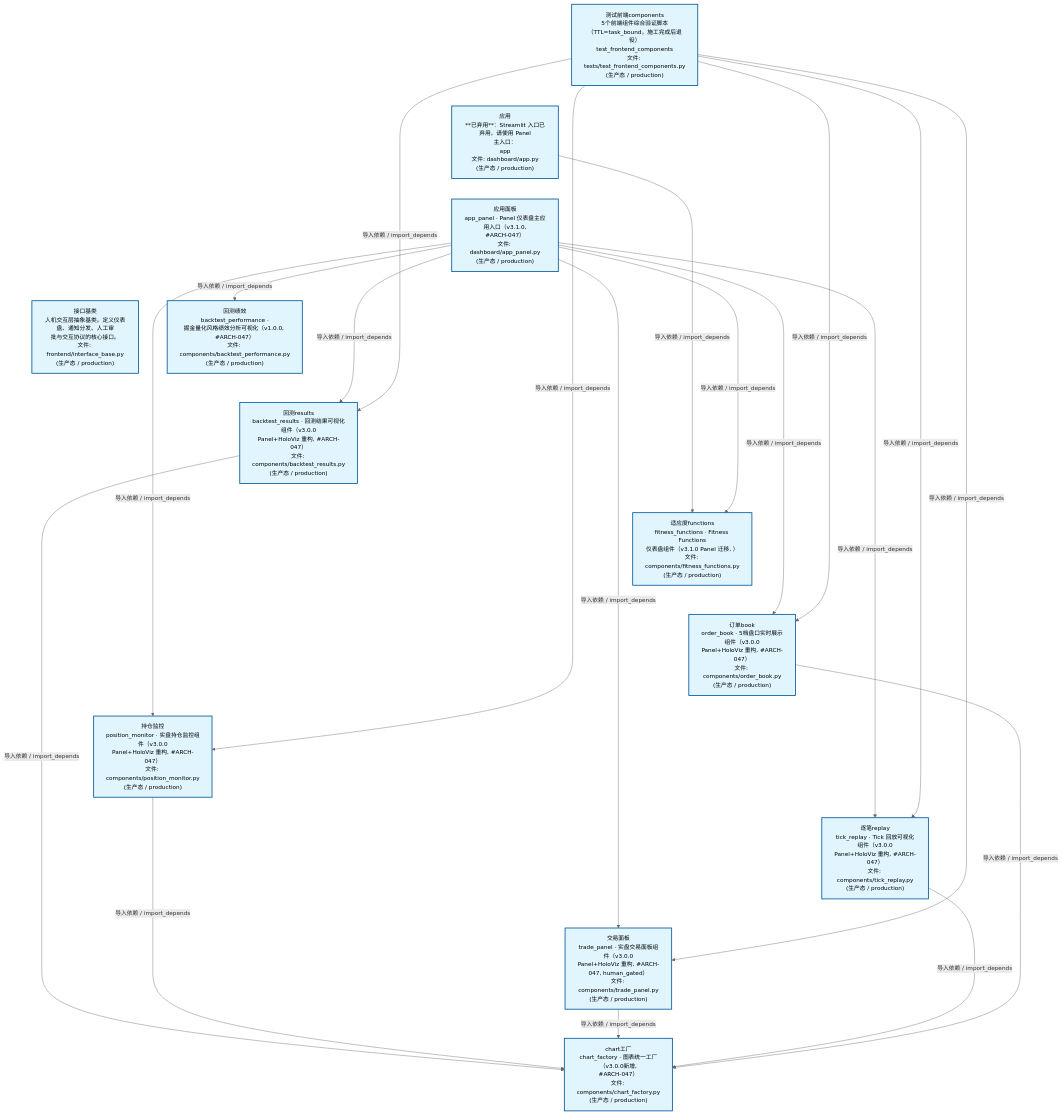
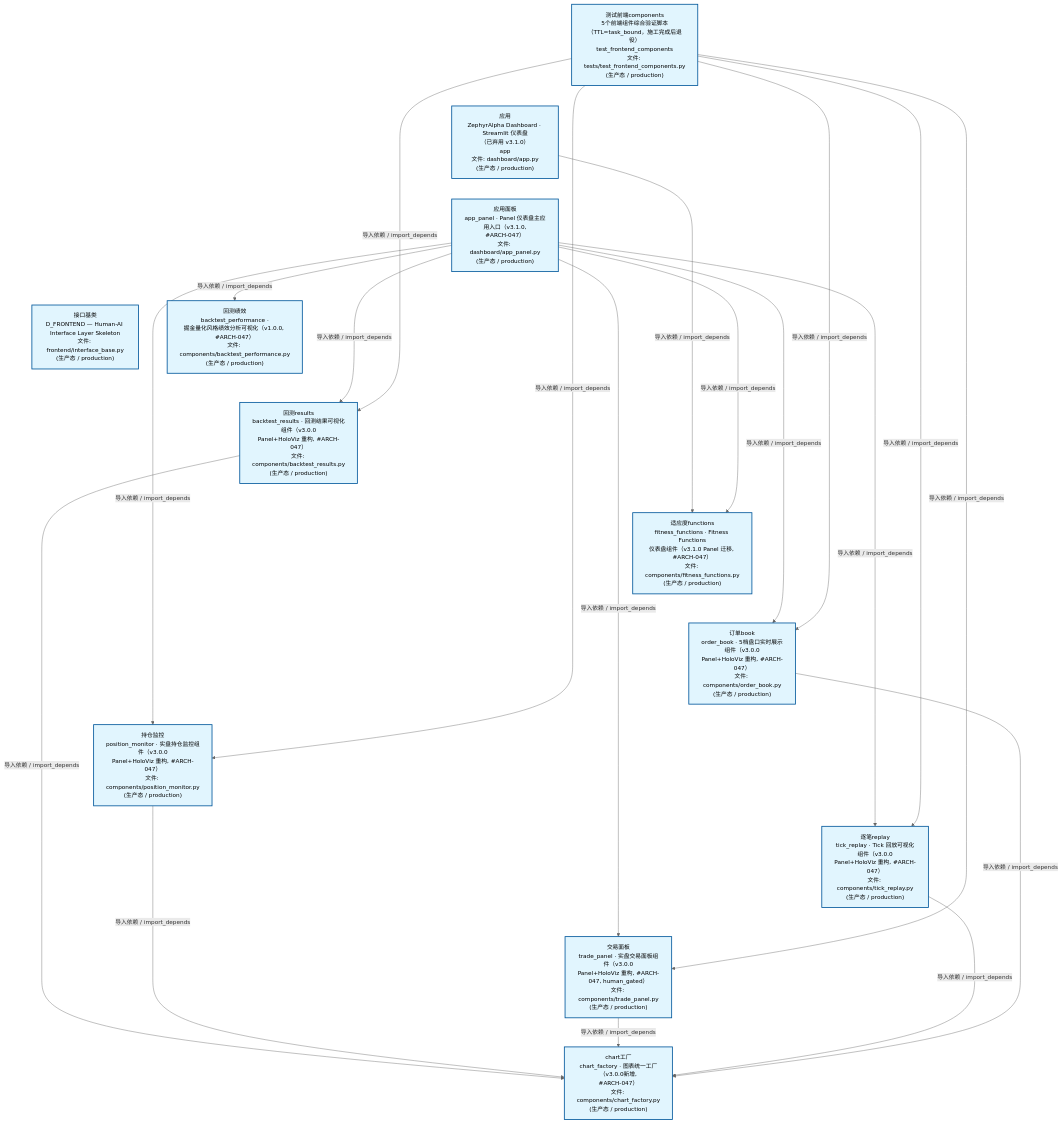
One commit to xuanFelixVan/ZephyrAlpha changed the second of 4 diagrams in docs/02_enterprise_architecture/02_domain_architecture_docs/47_d_frontend.md. Above: the diagram before and after it, drawn with Mermaid. The commit also changed other lines of this file and 45 other files, not shown here.

````diff
--- a/docs/02_enterprise_architecture/02_domain_architecture_docs/47_d_frontend.md
+++ b/docs/02_enterprise_architecture/02_domain_architecture_docs/47_d_frontend.md
@@ -124,48 +124,48 @@
 ```mermaid
 %%{init: {'theme': 'base', 'themeVariables': {'primaryColor': '#eaeaea', 'primaryTextColor': '#333333', 'primaryBorderColor': '#666666', 'lineColor': '#666666', 'secondaryColor': '#eaeaea', 'tertiaryColor': '#eaeaea', 'fontSize': '14px'}}}%%
 flowchart TD
     scripts_tests_test_frontend_components_py["测试前端components<br/>5个前端组件综合验证脚本<br/>（TTL=task_bound，施工完成后退役）<br/>test_frontend_components<br/>文件: tests/test_frontend_components.py<br/>(生产态 / production)"]
-    src_zephyr_frontend_dashboard_app_py["应用<br/>**已弃用**：Streamlit 入口已弃用，请使用 Panel<br/>主入口：<br/>app<br/>文件: dashboard/app.py<br/>(生产态 / production)"]
+    src_zephyr_frontend_dashboard_app_py["应用<br/>ZephyrAlpha Dashboard · Streamlit 仪表盘<br/>（已弃用 v3.1.0）<br/>app<br/>文件: dashboard/app.py<br/>(生产态 / production)"]
     src_zephyr_frontend_dashboard_app_panel_py["应用面板<br/>app_panel · Panel 仪表盘主应用入口（v3.1.0,<br/>#ARCH-047）<br/>文件: dashboard/app_panel.py<br/>(生产态 / production)"]
-    src_zephyr_frontend_interface_base_py["接口基类<br/>人机交互层抽象基类。定义仪表盘、通知分发、人工审<br/>批与交互协议的核心接口。<br/>文件: frontend/interface_base.py<br/>(生产态 / production)"]
+    src_zephyr_frontend_interface_base_py["接口基类<br/>D_FRONTEND — Human-AI Interface Layer Skeleton<br/>文件: frontend/interface_base.py<br/>(生产态 / production)"]
     scripts_tests_test_frontend_components_py ~~~ src_zephyr_frontend_dashboard_app_py
     src_zephyr_frontend_dashboard_app_py ~~~ src_zephyr_frontend_dashboard_app_panel_py
     src_zephyr_frontend_dashboard_app_panel_py ~~~ src_zephyr_frontend_interface_base_py
     src_zephyr_frontend_dashboard_components_backtest_performance_py["回测绩效<br/>backtest_performance ·<br/>掘金量化风格绩效分析可视化（v1.0.0, #ARCH-047）<br/>文件: components/backtest_performance.py<br/>(生产态 / production)"]
     src_zephyr_frontend_dashboard_components_backtest_results_py["回测results<br/>backtest_results · 回测结果可视化组件（v3.0.0<br/>Panel+HoloViz 重构, #ARCH-047）<br/>文件: components/backtest_results.py<br/>(生产态 / production)"]
-    src_zephyr_frontend_dashboard_components_fitness_functions_py["适应度functions<br/>fitness_functions · Fitness Functions<br/>仪表盘组件（v3.1.0 Panel 迁移, ）<br/>文件: components/fitness_functions.py<br/>(生产态 / production)"]
+    src_zephyr_frontend_dashboard_components_fitness_functions_py["适应度functions<br/>fitness_functions · Fitness Functions<br/>仪表盘组件（v3.1.0 Panel 迁移, #ARCH-047）<br/>文件: components/fitness_functions.py<br/>(生产态 / production)"]
     src_zephyr_frontend_dashboard_components_order_book_py["订单book<br/>order_book · 5档盘口实时展示组件（v3.0.0<br/>Panel+HoloViz 重构, #ARCH-047）<br/>文件: components/order_book.py<br/>(生产态 / production)"]
     src_zephyr_frontend_dashboard_components_position_monitor_py["持仓监控<br/>position_monitor · 实盘持仓监控组件（v3.0.0<br/>Panel+HoloViz 重构, #ARCH-047）<br/>文件: components/position_monitor.py<br/>(生产态 / production)"]
     src_zephyr_frontend_dashboard_components_tick_replay_py["逐笔replay<br/>tick_replay · Tick 回放可视化组件（v3.0.0<br/>Panel+HoloViz 重构, #ARCH-047）<br/>文件: components/tick_replay.py<br/>(生产态 / production)"]
     src_zephyr_frontend_dashboard_components_trade_panel_py["交易面板<br/>trade_panel · 实盘交易面板组件（v3.0.0<br/>Panel+HoloViz 重构, #ARCH-047, human_gated）<br/>文件: components/trade_panel.py<br/>(生产态 / production)"]
     src_zephyr_frontend_dashboard_components_backtest_performance_py ~~~ src_zephyr_frontend_dashboard_components_backtest_results_py
     src_zephyr_frontend_dashboard_components_backtest_results_py ~~~ src_zephyr_frontend_dashboard_components_fitness_functions_py
     src_zephyr_frontend_dashboard_components_fitness_functions_py ~~~ src_zephyr_frontend_dashboard_components_order_book_py
     src_zephyr_frontend_dashboard_components_order_book_py ~~~ src_zephyr_frontend_dashboard_components_position_monitor_py
     src_zephyr_frontend_dashboard_components_position_monitor_py ~~~ src_zephyr_frontend_dashboard_components_tick_replay_py
     src_zephyr_frontend_dashboard_components_tick_replay_py ~~~ src_zephyr_frontend_dashboard_components_trade_panel_py
     src_zephyr_frontend_dashboard_components_chart_factory_py["chart工厂<br/>chart_factory · 图表统一工厂（v3.0.0新增,<br/>#ARCH-047）<br/>文件: components/chart_factory.py<br/>(生产态 / production)"]
     src_zephyr_frontend_dashboard_components_backtest_results_py -->|导入依赖 / import_depends| src_zephyr_frontend_dashboard_components_chart_factory_py
     src_zephyr_frontend_dashboard_app_py -->|导入依赖 / import_depends| src_zephyr_frontend_dashboard_components_fitness_functions_py
     src_zephyr_frontend_dashboard_app_panel_py -->|导入依赖 / import_depends| src_zephyr_frontend_dashboard_components_backtest_results_py
     src_zephyr_frontend_dashboard_app_panel_py -->|导入依赖 / import_depends| src_zephyr_frontend_dashboard_components_backtest_performance_py
     src_zephyr_frontend_dashboard_app_panel_py -->|导入依赖 / import_depends| src_zephyr_frontend_dashboard_components_fitness_functions_py
     src_zephyr_frontend_dashboard_app_panel_py -->|导入依赖 / import_depends| src_zephyr_frontend_dashboard_components_position_monitor_py
     src_zephyr_frontend_dashboard_app_panel_py -->|导入依赖 / import_depends| src_zephyr_frontend_dashboard_components_trade_panel_py
     src_zephyr_frontend_dashboard_app_panel_py -->|导入依赖 / import_depends| src_zephyr_frontend_dashboard_components_tick_replay_py
     src_zephyr_frontend_dashboard_app_panel_py -->|导入依赖 / import_depends| src_zephyr_frontend_dashboard_components_order_book_py
     src_zephyr_frontend_dashboard_components_position_monitor_py -->|导入依赖 / import_depends| src_zephyr_frontend_dashboard_components_chart_factory_py
     src_zephyr_frontend_dashboard_components_trade_panel_py -->|导入依赖 / import_depends| src_zephyr_frontend_dashboard_components_chart_factory_py
     src_zephyr_frontend_dashboard_components_tick_replay_py -->|导入依赖 / import_depends| src_zephyr_frontend_dashboard_components_chart_factory_py
     src_zephyr_frontend_dashboard_components_order_book_py -->|导入依赖 / import_depends| src_zephyr_frontend_dashboard_components_chart_factory_py
     scripts_tests_test_frontend_components_py -->|导入依赖 / import_depends| src_zephyr_frontend_dashboard_components_backtest_results_py
     scripts_tests_test_frontend_components_py -->|导入依赖 / import_depends| src_zephyr_frontend_dashboard_components_position_monitor_py
     scripts_tests_test_frontend_components_py -->|导入依赖 / import_depends| src_zephyr_frontend_dashboard_components_trade_panel_py
     scripts_tests_test_frontend_components_py -->|导入依赖 / import_depends| src_zephyr_frontend_dashboard_components_tick_replay_py
     scripts_tests_test_frontend_components_py -->|导入依赖 / import_depends| src_zephyr_frontend_dashboard_components_order_book_py
     classDef production fill:#e1f5fe,stroke:#01579b,stroke-width:2px,color:#000
     classDef design fill:#fff3e0,stroke:#e65100,stroke-width:2px,color:#000,stroke-dasharray: 5 5
     classDef external_prod fill:#e8f4fd,stroke:#0277bd,stroke-width:1px,color:#000
     classDef external_design fill:#fff8e7,stroke:#ef6c00,stroke-width:1px,color:#000,stroke-dasharray: 5 5
     class scripts_tests_test_frontend_components_py,src_zephyr_frontend_dashboard_app_py,src_zephyr_frontend_dashboard_app_panel_py,src_zephyr_frontend_dashboard_components_backtest_performance_py,src_zephyr_frontend_dashboard_components_backtest_results_py,src_zephyr_frontend_dashboard_components_chart_factory_py,src_zephyr_frontend_dashboard_components_fitness_functions_py,src_zephyr_frontend_dashboard_components_order_book_py,src_zephyr_frontend_dashboard_components_position_monitor_py,src_zephyr_frontend_dashboard_components_tick_replay_py,src_zephyr_frontend_dashboard_components_trade_panel_py,src_zephyr_frontend_interface_base_py production
 ```
````
